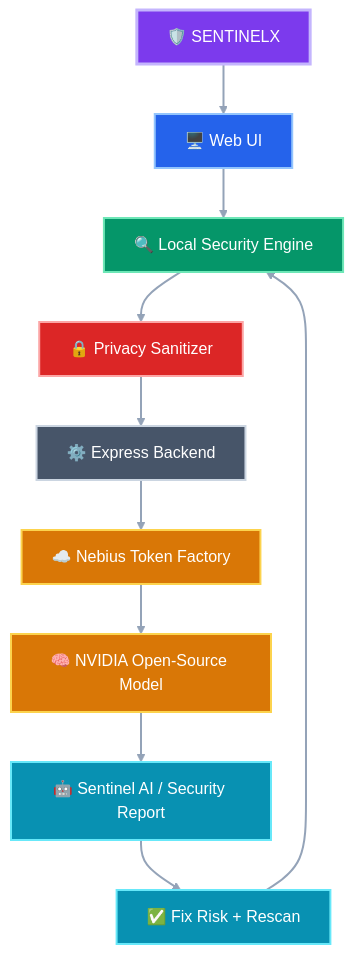
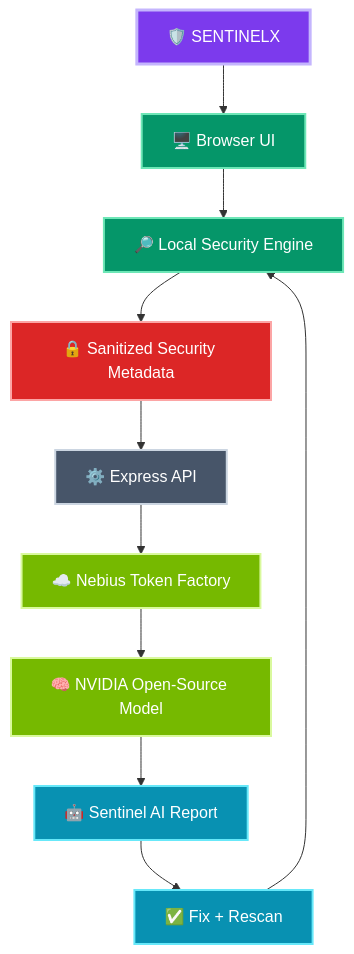
One commit to MrCheeku/SentinelX changed the diagram in README.md. Above: the diagram before and after it, drawn with Mermaid. The commit also changed other lines of this file, not shown here.

````diff
--- a/README.md
+++ b/README.md
@@ -68,30 +41,27 @@
 ```mermaid
 flowchart TB
-    A[🛡️ SENTINELX] --> B[🖥️ Web UI]
-    B --> C[🔍 Local Security Engine]
-    C --> D[🔒 Privacy Sanitizer]
-    D --> E[⚙️ Express Backend]
+    A[🛡️ SENTINELX] --> B[🖥️ Browser UI]
+    B --> C[🔎 Local Security Engine]
+    C --> D[🔒 Sanitized Security Metadata]
+    D --> E[⚙️ Express API]
     E --> F[☁️ Nebius Token Factory]
     F --> G[🧠 NVIDIA Open-Source Model]
-    G --> H[🤖 Sentinel AI / Security Report]
-    H --> I[✅ Fix Risk + Rescan]
+    G --> H[🤖 Sentinel AI Report]
+    H --> I[✅ Fix + Rescan]
     I --> C
 
-    classDef root fill:#7c3aed,stroke:#c4b5fd,color:#ffffff,stroke-width:3px;
-    classDef ui fill:#2563eb,stroke:#93c5fd,color:#ffffff,stroke-width:2px;
-    classDef local fill:#059669,stroke:#6ee7b7,color:#ffffff,stroke-width:2px;
-    classDef privacy fill:#dc2626,stroke:#fca5a5,color:#ffffff,stroke-width:2px;
-    classDef backend fill:#475569,stroke:#cbd5e1,color:#ffffff,stroke-width:2px;
-    classDef ai fill:#d97706,stroke:#fcd34d,color:#ffffff,stroke-width:2px;
-    classDef result fill:#0891b2,stroke:#67e8f9,color:#ffffff,stroke-width:2px;
+    classDef root fill:#7c3aed,stroke:#c4b5fd,color:#fff,stroke-width:3px;
+    classDef local fill:#059669,stroke:#6ee7b7,color:#fff,stroke-width:2px;
+    classDef privacy fill:#dc2626,stroke:#fca5a5,color:#fff,stroke-width:2px;
+    classDef backend fill:#475569,stroke:#cbd5e1,color:#fff,stroke-width:2px;
+    classDef ai fill:#76b900,stroke:#d9f99d,color:#fff,stroke-width:2px;
+    classDef result fill:#0891b2,stroke:#67e8f9,color:#fff,stroke-width:2px;
 
     class A root;
-    class B ui;
+    class B local;
     class C local;
     class D privacy;
     class E backend;
     class F,G ai;
     class H,I result;
-
-    linkStyle default stroke:#94a3b8,stroke-width:2px;
 ```
````
